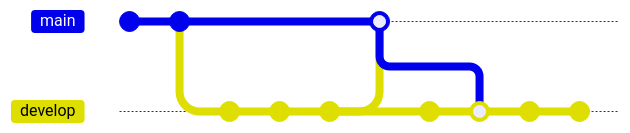
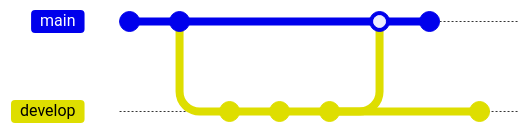
One commit to littleninja/fictional-barnacle changed the second of 2 diagrams in README.md. Above: the diagram before and after it, drawn with Mermaid. The commit also changed other lines of this file, not shown here. Commit ids are hidden.

````diff
--- a/README.md
+++ b/README.md
@@ -36,17 +36,15 @@
 ```mermaid
 gitGraph
   commit
   commit
   branch develop
   checkout develop
   commit
   commit
   commit
   checkout main
   merge develop
+  commit
   checkout develop
   commit
-  merge main
-  commit
-  commit
 ```
````
